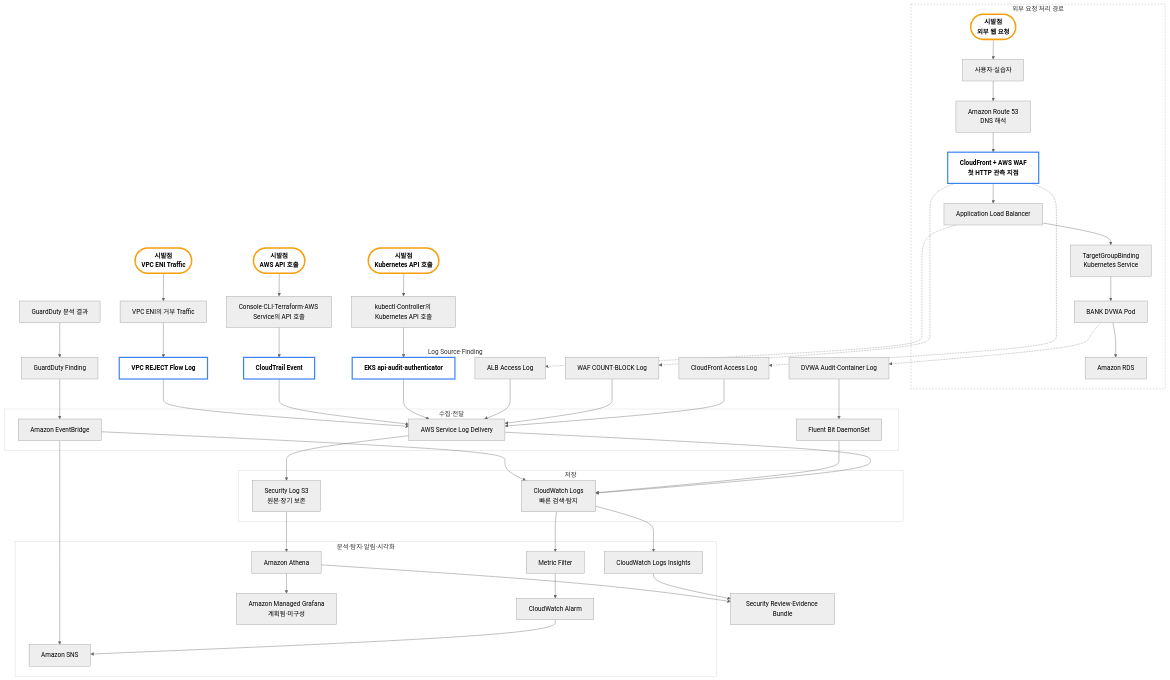
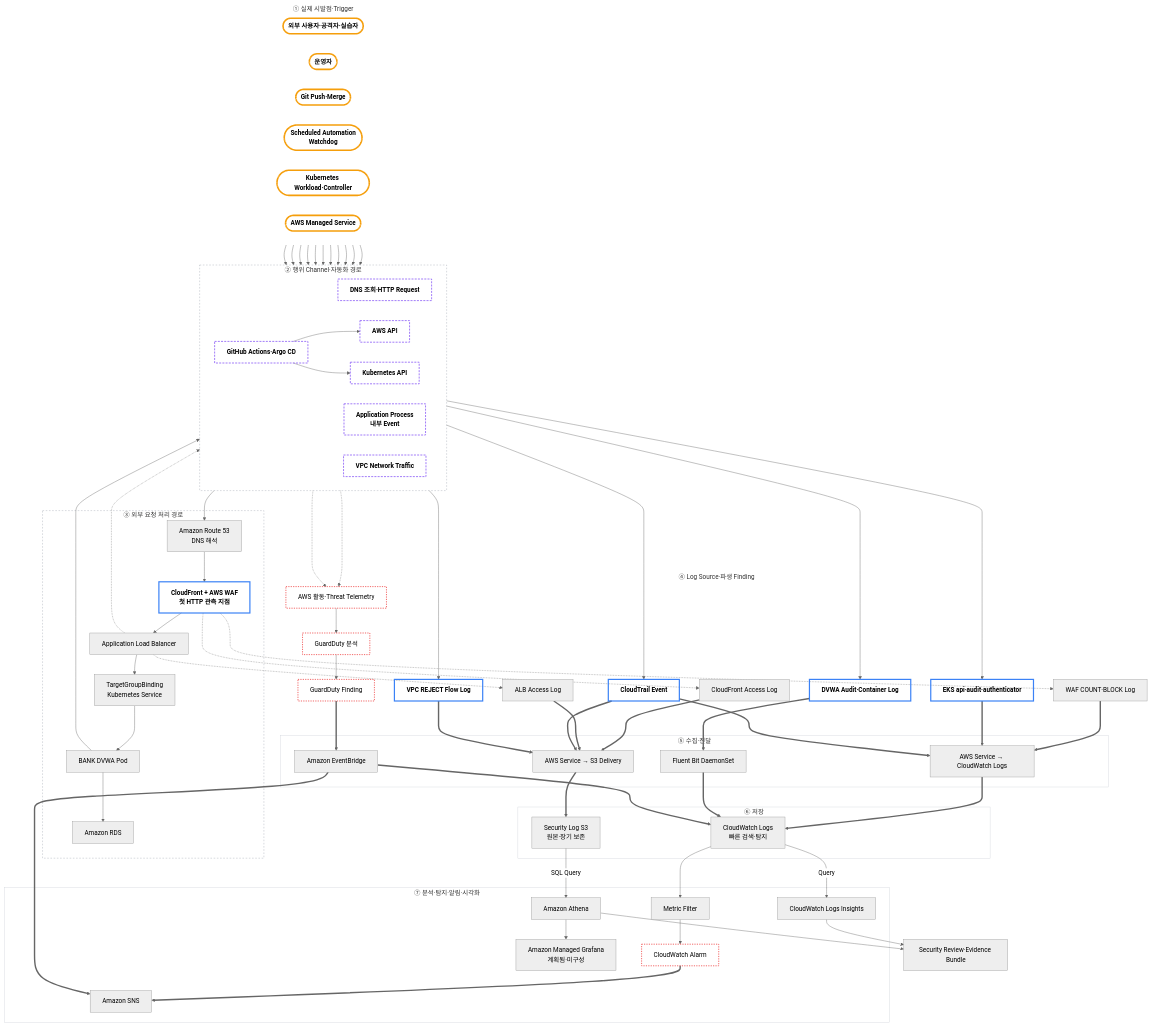
One commit to Unoh03/Obsi3 changed the diagram in 20_팀 프로젝트/3차 프로젝트/공부/00_로그 인프라 전체 흐름.md. Above: the diagram before and after it, drawn with Mermaid (neutral theme). The commit also changed other lines of this file, not shown here.

Commit message:
Separate triggers, channels, and first observations

````diff
--- a/20_팀 프로젝트/3차 프로젝트/공부/00_로그 인프라 전체 흐름.md
+++ b/20_팀 프로젝트/3차 프로젝트/공부/00_로그 인프라 전체 흐름.md
@@ -45,8 +52,41 @@
 ```mermaid
 flowchart TB
-    subgraph REQUEST["외부 요청 처리 경로"]
-        WebStart(["시발점<br/>외부 웹 요청"]):::origin --> User["사용자·실습자"]
-        User --> Route53["Amazon Route 53<br/>DNS 해석"]
+    subgraph TRIGGER["① 실제 시발점·Trigger"]
+        direction LR
+        External(["외부 사용자·공격자·실습자"]):::origin
+        Operator(["운영자"]):::origin
+        GitChange(["Git Push·Merge"]):::origin
+        Schedule(["Scheduled Automation<br/>Watchdog"]):::origin
+        K8sActor(["Kubernetes Workload·Controller"]):::origin
+        AWSActor(["AWS Managed Service"]):::origin
+    end
+
+    subgraph CHANNEL["② 행위 Channel·자동화 경로"]
+        direction LR
+        WebRequest["DNS 조회·HTTP Request"]:::channel
+        CICD["GitHub Actions·Argo CD"]:::channel
+        AWSAPI["AWS API"]:::channel
+        K8sAPI["Kubernetes API"]:::channel
+        AppEvent["Application Process<br/>내부 Event"]:::channel
+        Network["VPC Network Traffic"]:::channel
+    end
+
+    External --> WebRequest
+    Operator --> AWSAPI
+    Operator --> K8sAPI
+    GitChange --> CICD
+    CICD --> AWSAPI
+    CICD --> K8sAPI
+    Schedule --> AWSAPI
+    K8sActor --> K8sAPI
+    K8sActor --> AWSAPI
+    K8sActor --> AppEvent
+    K8sActor --> Network
+    AWSActor --> AWSAPI
+    AWSActor --> Network
+
+    subgraph REQUEST["③ 외부 요청 처리 경로"]
+        WebRequest --> Route53["Amazon Route 53<br/>DNS 해석"]
         Route53 --> Edge["CloudFront + AWS WAF<br/>첫 HTTP 관측 지점"]
         Edge --> ALB["Application Load Balancer"]
         ALB --> K8sService["TargetGroupBinding<br/>Kubernetes Service"]
@@ -54,7 +94,10 @@
         DVWA --> RDS["Amazon RDS"]
     end
 
-    subgraph SOURCE["Log Source·Finding"]
+    DVWA --> AppEvent
+    ALB -.-> Network
+
+    subgraph SOURCE["④ Log Source·파생 Finding"]
         CFLog["CloudFront Access Log"]
         WAFLog["WAF COUNT·BLOCK Log"]
         ALBLog["ALB Access Log"]
@@ -62,72 +105,79 @@
         EKSLog["EKS api·audit·authenticator"]
         CTLog["CloudTrail Event"]
         FlowLog["VPC REJECT Flow Log"]
-        GDFinding["GuardDuty Finding"]
+        ThreatSignals["AWS 활동·Threat Telemetry"]:::derived
+        GuardDutyAnalysis["GuardDuty 분석"]:::derived
+        GDFinding["GuardDuty Finding"]:::derived
     end
 
     Edge -.-> CFLog
     Edge -.-> WAFLog
     ALB -.-> ALBLog
-    DVWA -.-> AppLog
-
-    K8sStart(["시발점<br/>Kubernetes API 호출"]):::origin --> K8sAPI["kubectl·Controller의 Kubernetes API 호출"]
-    AWSStart(["시발점<br/>AWS API 호출"]):::origin --> AWSAPI["Console·CLI·Terraform·AWS Service의 API 호출"]
-    NetStart(["시발점<br/>VPC ENI Traffic"]):::origin --> Network["VPC ENI의 거부 Traffic"]
-
+    AppEvent --> AppLog
     K8sAPI --> EKSLog
     AWSAPI --> CTLog
     Network --> FlowLog
-    Threat["GuardDuty 분석 결과"] --> GDFinding
+    AWSAPI -.-> ThreatSignals
+    Network -.-> ThreatSignals
+    ThreatSignals --> GuardDutyAnalysis --> GDFinding
 
-    subgraph DELIVERY["수집·전달"]
-        ServiceDelivery["AWS Service Log Delivery"]
+    subgraph DELIVERY["⑤ 수집·전달"]
+        S3Delivery["AWS Service → S3 Delivery"]
+        CWLDelivery["AWS Service → CloudWatch Logs"]
         FluentBit["Fluent Bit DaemonSet"]
         EventBridge["Amazon EventBridge"]
     end
 
-    CFLog --> ServiceDelivery
-    WAFLog --> ServiceDelivery
-    ALBLog --> ServiceDelivery
-    EKSLog --> ServiceDelivery
-    CTLog --> ServiceDelivery
-    FlowLog --> ServiceDelivery
-    AppLog --> FluentBit
-    GDFinding --> EventBridge
+    CFLog ==> S3Delivery
+    ALBLog ==> S3Delivery
+    CTLog ==> S3Delivery
+    FlowLog ==> S3Delivery
 
-    subgraph STORAGE["저장"]
+    WAFLog ==> CWLDelivery
+    EKSLog ==> CWLDelivery
+    CTLog ==> CWLDelivery
+
+    AppLog ==> FluentBit
+    GDFinding ==> EventBridge
+
+    subgraph STORAGE["⑥ 저장"]
         CWL["CloudWatch Logs<br/>빠른 검색·탐지"]
         S3["Security Log S3<br/>원본·장기 보존"]
     end
 
-    ServiceDelivery --> CWL
-    ServiceDelivery --> S3
-    FluentBit --> CWL
-    EventBridge --> CWL
+    S3Delivery ==> S3
+    CWLDelivery ==> CWL
+    FluentBit ==> CWL
+    EventBridge ==> CWL
 
-    subgraph ANALYSIS["분석·탐지·알림·시각화"]
+    subgraph ANALYSIS["⑦ 분석·탐지·알림·시각화"]
         Insights["CloudWatch Logs Insights"]
         Filter["Metric Filter"]
-        Alarm["CloudWatch Alarm"]
+        Alarm["CloudWatch Alarm"]:::derived
         Athena["Amazon Athena"]
         SNS["Amazon SNS"]
         Grafana["Amazon Managed Grafana<br/>계획됨·미구성"]
     end
 
-    CWL --> Insights
-    CWL --> Filter --> Alarm --> SNS
-    S3 --> Athena --> Grafana
-    EventBridge --> SNS
+    CWL -->|"Query"| Insights
+    CWL --> Filter --> Alarm ==> SNS
+    S3 -->|"SQL Query"| Athena --> Grafana
+    EventBridge ==> SNS
 
     Insights --> Evidence["Security Review·Evidence Bundle"]
     Athena --> Evidence
 
-    %% 시나리오의 사건 시작점과 첫 로그 관측 지점을 별도로 표시한다.
+    %% 주황색 Stadium은 실제 Trigger, 보라색 점선은 행위 Channel이다.
+    %% 파란색 굵은 테두리는 첫 관측 지점, 붉은 점선은 파생 분석·보안 신호다.
     classDef origin fill:none,stroke:#f59e0b,stroke-width:4px,font-weight:bold
+    classDef channel fill:none,stroke:#8b5cf6,stroke-width:2px,stroke-dasharray:5 3,font-weight:bold
     classDef firstObservation fill:none,stroke:#3b82f6,stroke-width:3px,font-weight:bold
-    class Edge,CTLog,EKSLog,FlowLog firstObservation
+    classDef derived fill:none,stroke:#ef4444,stroke-width:2px,stroke-dasharray:3 3
+    class Edge,CTLog,EKSLog,AppLog,FlowLog firstObservation
 
     %% Subgraph 배경이 외부 연결선을 덮지 않도록 모든 영역의 fill을 제거한다.
-    %% Log Source 영역은 테두리도 제거해 각 사건 지점에서 시작하는 점선이 노드까지 보이게 한다.
+    style TRIGGER fill:none,stroke:none
+    style CHANNEL fill:none,stroke:#9ca3af,stroke-width:1px,stroke-dasharray:4 4
     style REQUEST fill:none,stroke:#9ca3af,stroke-width:1px,stroke-dasharray:4 4
     style SOURCE fill:none,stroke:none
     style DELIVERY fill:none,stroke:#d1d5db,stroke-width:1px
````
